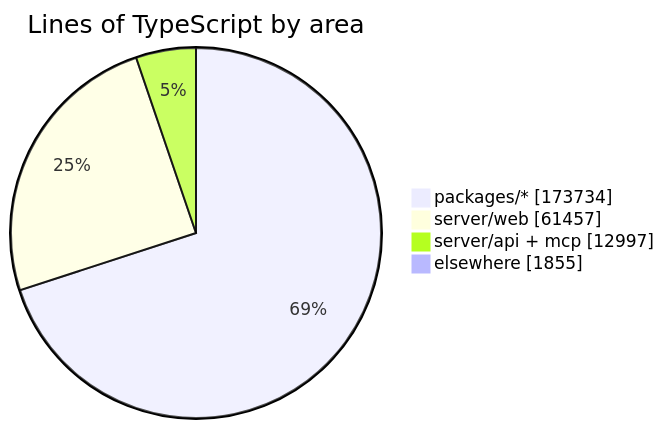
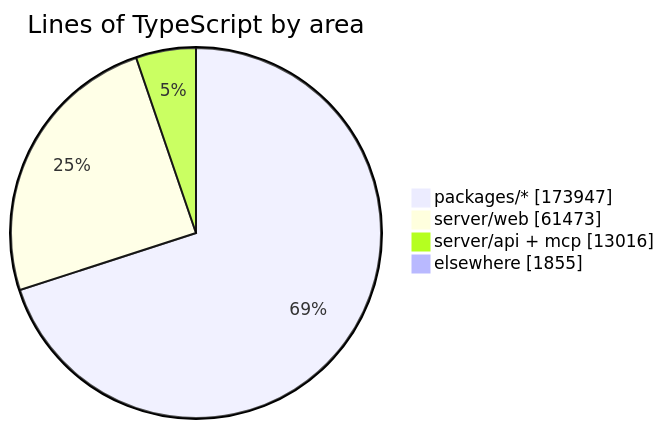
The diagram in README.md (crossworks-engineering/mantle), drawn with Mermaid before and after one commit. The commit also changed other lines of this file and 2 other files, not shown here.

````diff
--- a/README.md
+++ b/README.md
@@ -279,7 +279,7 @@
 ```mermaid
 pie showData title Lines of TypeScript by area
-    "packages/*" : 173734
-    "server/web" : 61457
-    "server/api + mcp" : 12997
+    "packages/*" : 173947
+    "server/web" : 61473
+    "server/api + mcp" : 13016
     "elsewhere" : 1855
 ```
````
